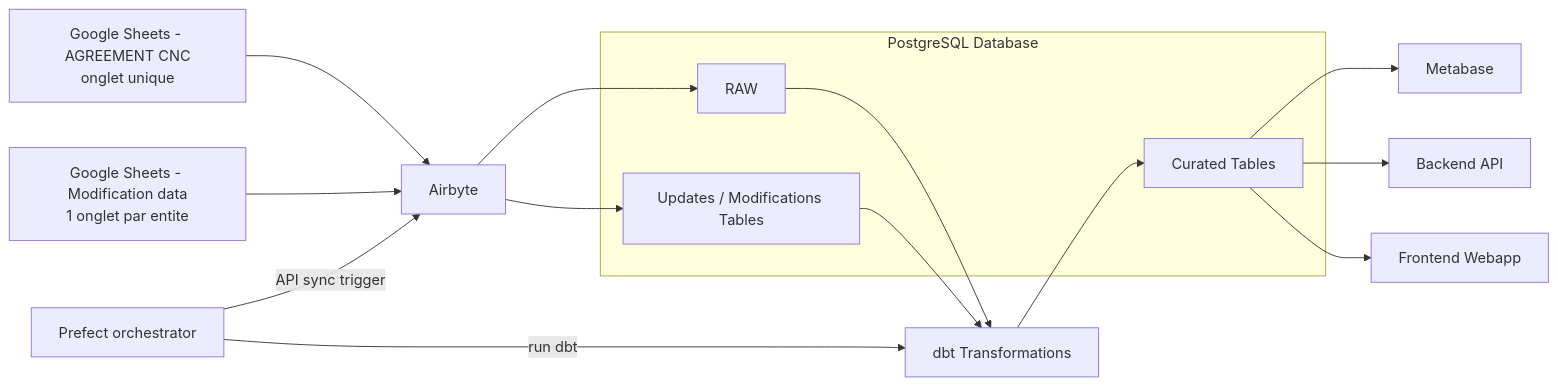
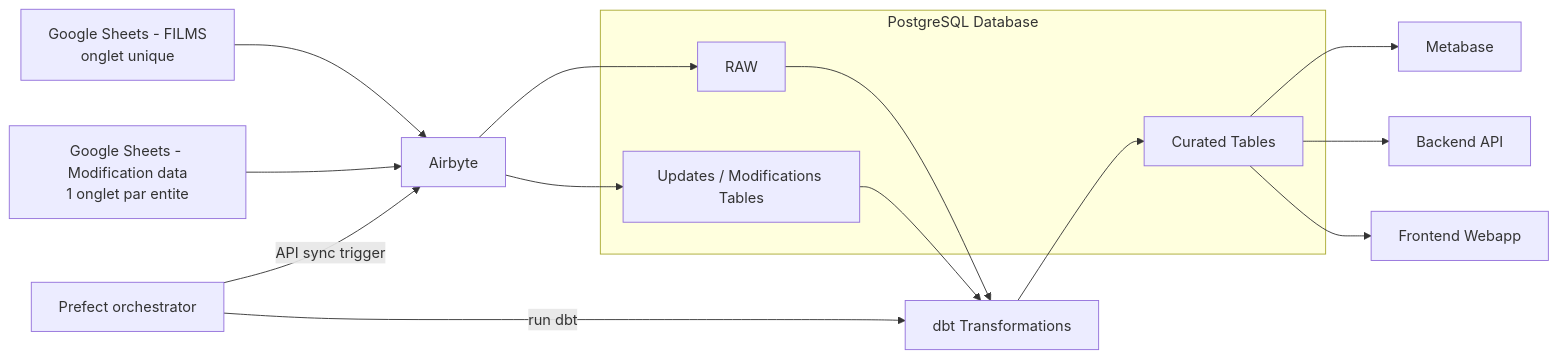
Before and after one commit to dataforgoodfr/13_reveler_inegalites_cinema: the diagram in docs/architecture/ingestion-architecture-processus-validation-mise-a-jour-donnees-cinema.md, drawn with Mermaid. The commit also changed other lines of this file and 14 other files, not shown here.

First line of the commit message:
feat: update ingestion architecture and models for films integration

````diff
--- a/docs/architecture/ingestion-architecture-processus-validation-mise-a-jour-donnees-cinema.md
+++ b/docs/architecture/ingestion-architecture-processus-validation-mise-a-jour-donnees-cinema.md
@@ -64,21 +61,21 @@
 ```mermaid
 flowchart LR
-    GSCNC[Google Sheets - AGREEMENT CNC\nonglet unique] --> AB
+    GSCNC[Google Sheets - FILMS\nonglet unique] --> AB
     GSMOD[Google Sheets - Modification data\n1 onglet par entite] --> AB
     PREFECT[Prefect orchestrator] -->|API sync trigger| AB[Airbyte]
     PREFECT -->|run dbt| DBT[dbt Transformations]
     AB --> UPD[Updates / Modifications Tables]
     AB --> RAW
     subgraph PG[PostgreSQL Database]
         RAW
         UPD
         CUR[Curated Tables]
     end
 
     RAW --> DBT
     UPD --> DBT
     DBT --> CUR
     CUR --> META[Metabase]
     CUR --> API[Backend API]
     CUR --> FE[Frontend Webapp]
 ```
````
